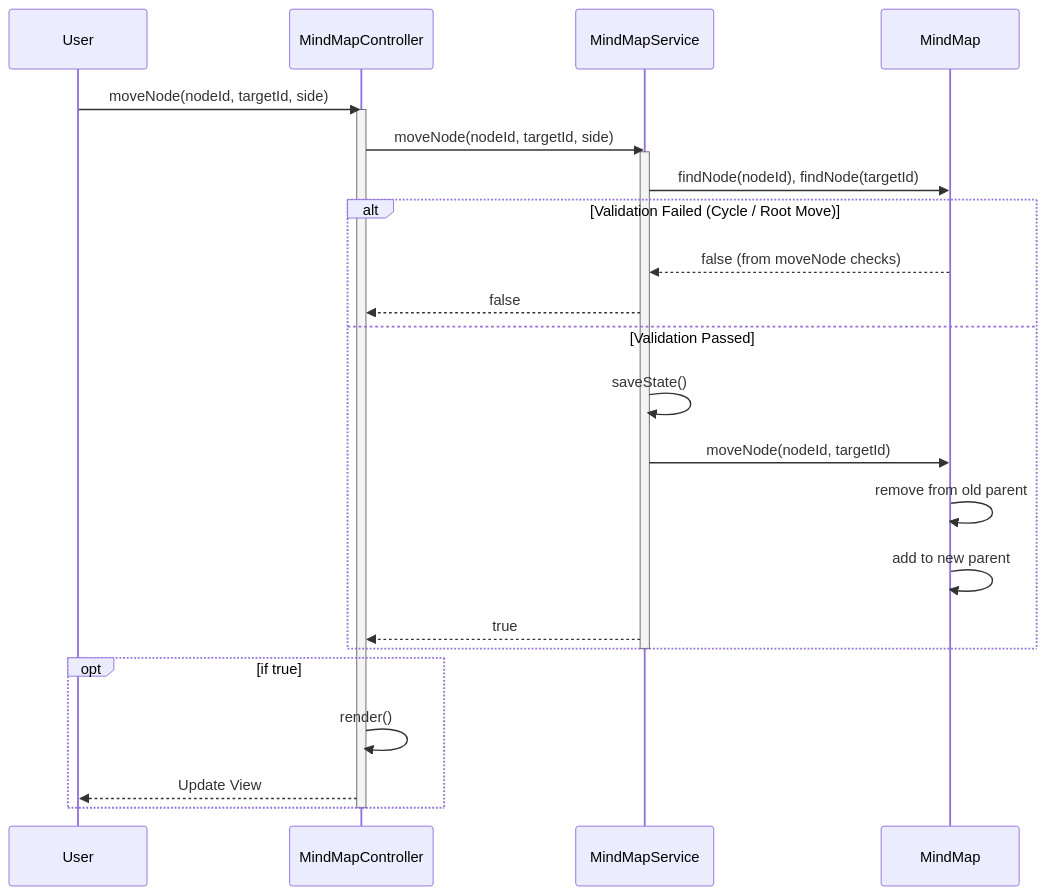
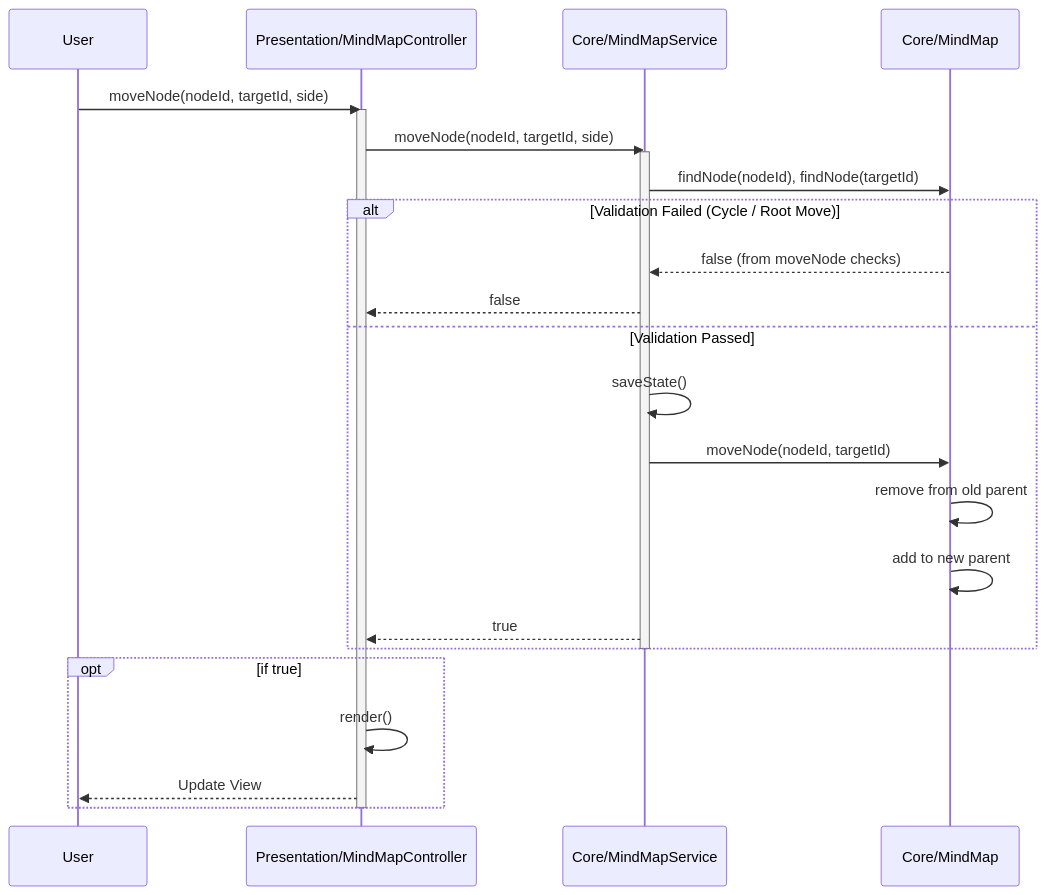
One commit to hiroooo000/kakidash changed the fifth of 6 diagrams in docs/SOFTWARE_ARCHITECTURE.md. Above: the diagram before and after it, drawn with Mermaid. The commit also changed other lines of this file and 6 other files, not shown here.

Commit message:
docs: update architecture documentation and diagrams for Package by Feature

````diff
--- a/docs/SOFTWARE_ARCHITECTURE.md
+++ b/docs/SOFTWARE_ARCHITECTURE.md
@@ -323,33 +262,33 @@
 ```mermaid
 sequenceDiagram
     participant User
-    participant Controller as MindMapController
-    participant Service as MindMapService
-    participant Entity as MindMap
+    participant Controller as Presentation/MindMapController
+    participant Service as Core/MindMapService
+    participant Entity as Core/MindMap
 
     User->>Controller: moveNode(nodeId, targetId, side)
     activate Controller
 
     Controller->>Service: moveNode(nodeId, targetId, side)
     activate Service
 
     Service->>Entity: findNode(nodeId), findNode(targetId)
 
     alt Validation Failed (Cycle / Root Move)
         Entity-->>Service: false (from moveNode checks)
         Service-->>Controller: false
     else Validation Passed
         Service->>Service: saveState()
         Service->>Entity: moveNode(nodeId, targetId)
         Entity->>Entity: remove from old parent
         Entity->>Entity: add to new parent
         Service-->>Controller: true
     end
     deactivate Service
 
     opt if true
         Controller->>Controller: render()
         Controller-->>User: Update View
     end
     deactivate Controller
 ```
````
